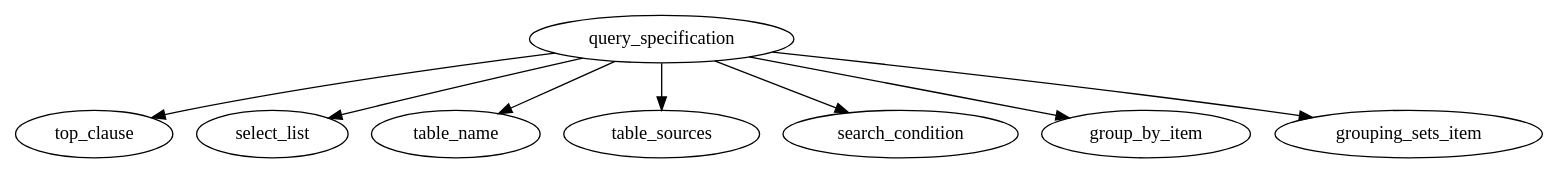
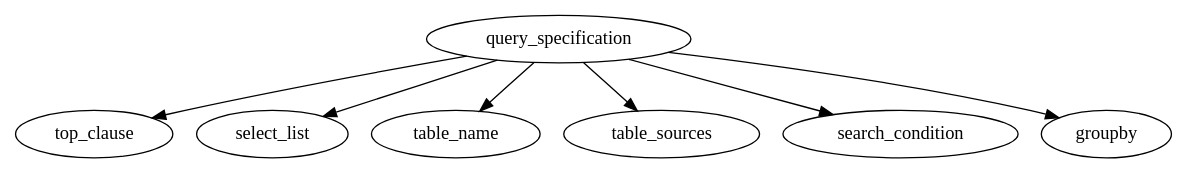
Before and after one commit to Crary-Systems/tree-sitter-tsql: the diagram in docs/roadmap/grammar/query_specification.dot, drawn with Graphviz. The commit also changed 9 other files, not shown here.

```diff
--- a/docs/roadmap/grammar/query_specification.dot
+++ b/docs/roadmap/grammar/query_specification.dot
@@ -1,12 +1,12 @@
 digraph {
   query_specification
     [URL="https://github.com/Crary-Systems/tree-sitter-tsql/blob/c1d4d4d9d830cdf8ec41142c705d269b1ea84c8e/grammar.js#L213-L218"]
 
   query_specification -> top_clause
   query_specification -> select_list
   query_specification -> table_name
   query_specification -> table_sources
   query_specification -> search_condition
-  query_specification -> group_by_item
-  query_specification -> grouping_sets_item
+
+  query_specification -> groupby
 }
```
